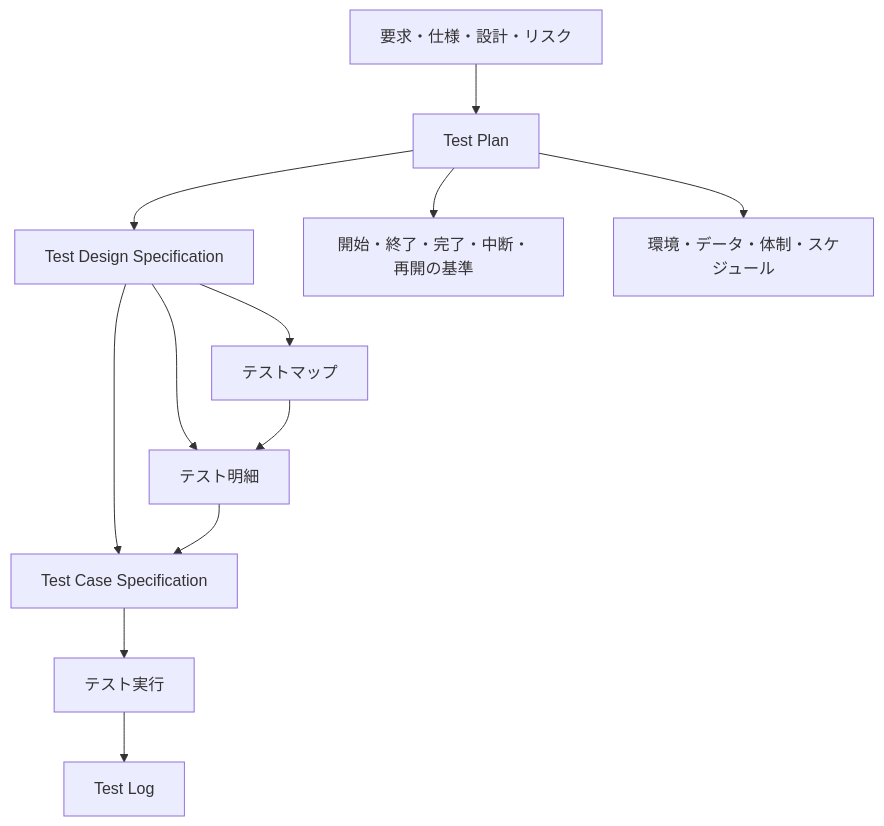
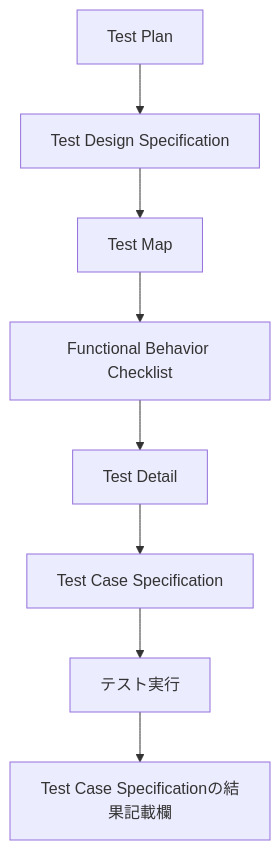
The diagram in guidelines/documentation/test-documentation-guidelines.md (yuusakuri/dev-rules), drawn with Mermaid before and after one commit. The commit also changed other lines of this file and 7 other files, not shown here.

````diff
--- a/guidelines/documentation/test-documentation-guidelines.md
+++ b/guidelines/documentation/test-documentation-guidelines.md
@@ -39,15 +23,10 @@
 ```mermaid
 flowchart TD
-    BASE["要求・仕様・設計・リスク"] --> PLAN["Test Plan"]
-    PLAN --> DESIGN["Test Design Specification"]
-    DESIGN --> CASE["Test Case Specification"]
+    PLAN["Test Plan"] --> DESIGN["Test Design Specification"]
+    DESIGN --> MAP["Test Map"]
+    MAP --> FUNC["Functional Behavior Checklist"]
+    FUNC --> DETAIL["Test Detail"]
+    DETAIL --> CASE["Test Case Specification"]
     CASE --> EXEC["テスト実行"]
-    EXEC --> LOG["Test Log"]
-
-    PLAN --> CRITERIA["開始・終了・完了・中断・再開の基準"]
-    PLAN --> ENV["環境・データ・体制・スケジュール"]
-    DESIGN --> MAP["テストマップ"]
-    DESIGN --> DETAIL["テスト明細"]
-    MAP --> DETAIL
-    DETAIL --> CASE
+    EXEC --> RESULT["Test Case Specificationの結果記載欄"]
 ```
````
